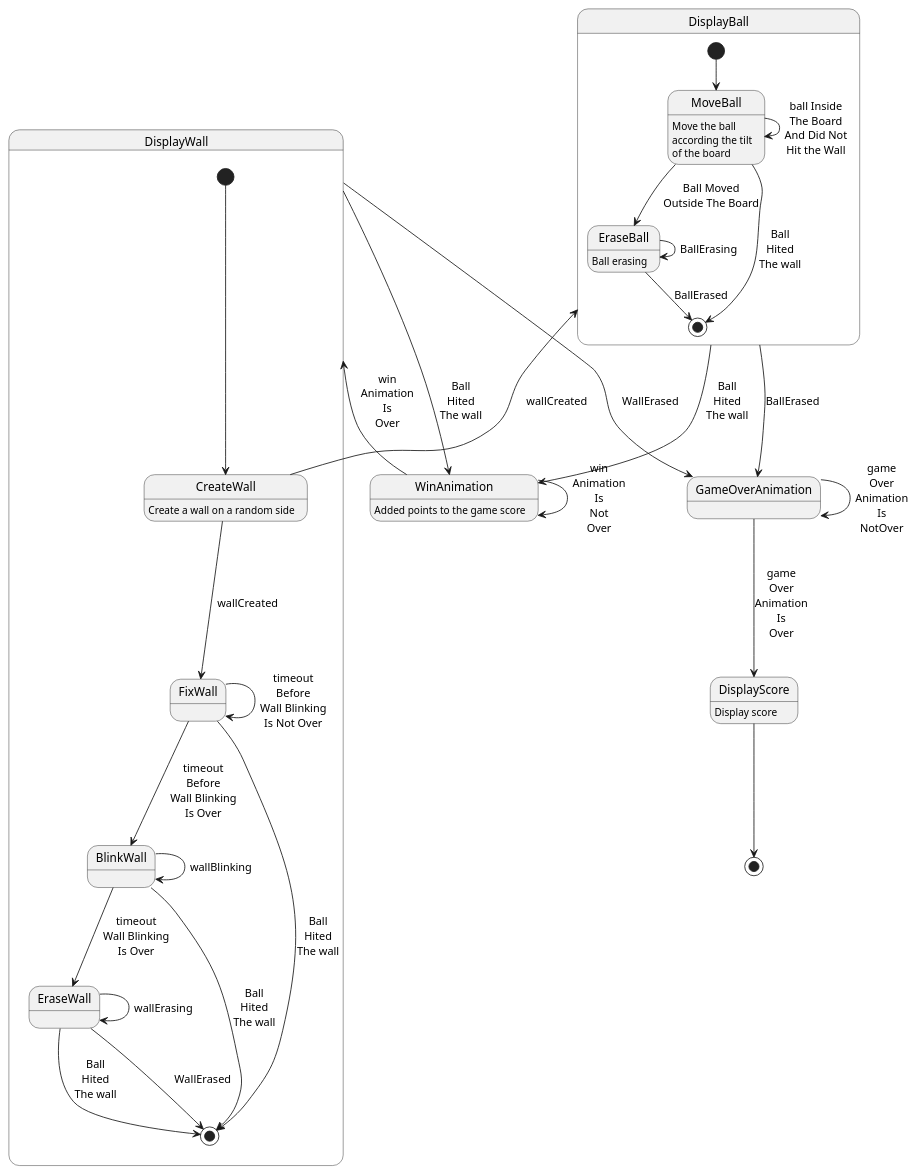
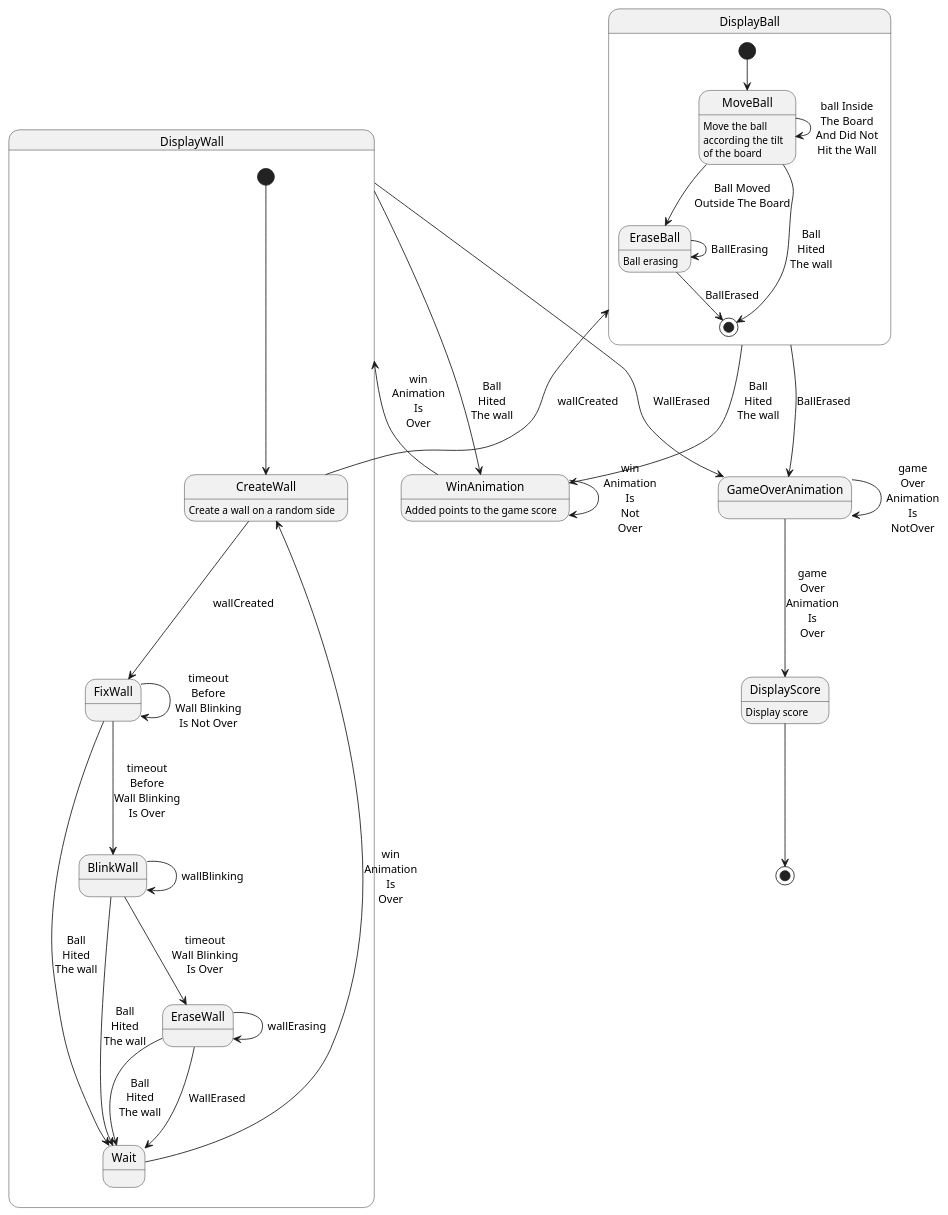
Before and after one commit to jebissey/GamesOfSkill: the diagram in Arduino-nano/LedsPong/LedsPong.puml, drawn with PlantUML. The commit also changed 6 other files, not shown here.

```diff
--- a/Arduino-nano/LedsPong/LedsPong.puml
+++ b/Arduino-nano/LedsPong/LedsPong.puml
@@ -1,56 +1,58 @@
 @startuml
 
 
 
 state DisplayBall {
     [*] --> MoveBall
 
     MoveBall : Move the ball\naccording the tilt\nof the board
     MoveBall --> MoveBall : ball Inside\nThe Board\nAnd Did Not\nHit the Wall
     MoveBall --> EraseBall :  Ball Moved\nOutside The Board
     MoveBall --> [*] : Ball\nHited\nThe wall
 
     EraseBall : Ball erasing
     EraseBall --> EraseBall : BallErasing
     EraseBall --> [*] : BallErased
 }
 DisplayBall --> WinAnimation : Ball\nHited\nThe wall
 DisplayBall --> GameOverAnimation : BallErased
 
 state DisplayWall {
     [*] --> CreateWall
 
     CreateWall : Create a wall on a random side
     CreateWall --> FixWall : wallCreated
     CreateWall --> DisplayBall : wallCreated
 
     FixWall --> FixWall : timeout\nBefore\nWall Blinking\nIs Not Over
     FixWall --> BlinkWall : timeout\nBefore\nWall Blinking\nIs Over
-    FixWall -->  [*] :  Ball\nHited\nThe wall
+    FixWall -->  Wait :  Ball\nHited\nThe wall
     
     BlinkWall --> BlinkWall : wallBlinking
     BlinkWall --> EraseWall : timeout\nWall Blinking\nIs Over
-    BlinkWall -->  [*] :  Ball\nHited\nThe wall
+    BlinkWall -->  Wait :  Ball\nHited\nThe wall
 
     EraseWall --> EraseWall : wallErasing
-    EraseWall --> [*] : WallErased
-    EraseWall -->  [*] :  Ball\nHited\nThe wall
+    EraseWall --> Wait : WallErased
+    EraseWall -->  Wait :  Ball\nHited\nThe wall
+
+    Wait --> CreateWall : win\nAnimation\nIs\nOver
 }
 
 
 DisplayWall --> GameOverAnimation : WallErased
 DisplayWall --> WinAnimation : Ball\nHited\nThe wall
 
 WinAnimation : Added points to the game score
 WinAnimation --> WinAnimation : win\nAnimation\nIs\nNot\nOver
 WinAnimation --> DisplayWall : win\nAnimation\nIs\nOver
 
 GameOverAnimation --> GameOverAnimation : game\nOver\nAnimation\nIs\nNotOver
 GameOverAnimation --> DisplayScore : game\nOver\nAnimation\nIs\nOver
 DisplayScore : Display score
 DisplayScore --> [*]
 
 
 
 
 @enduml
```
